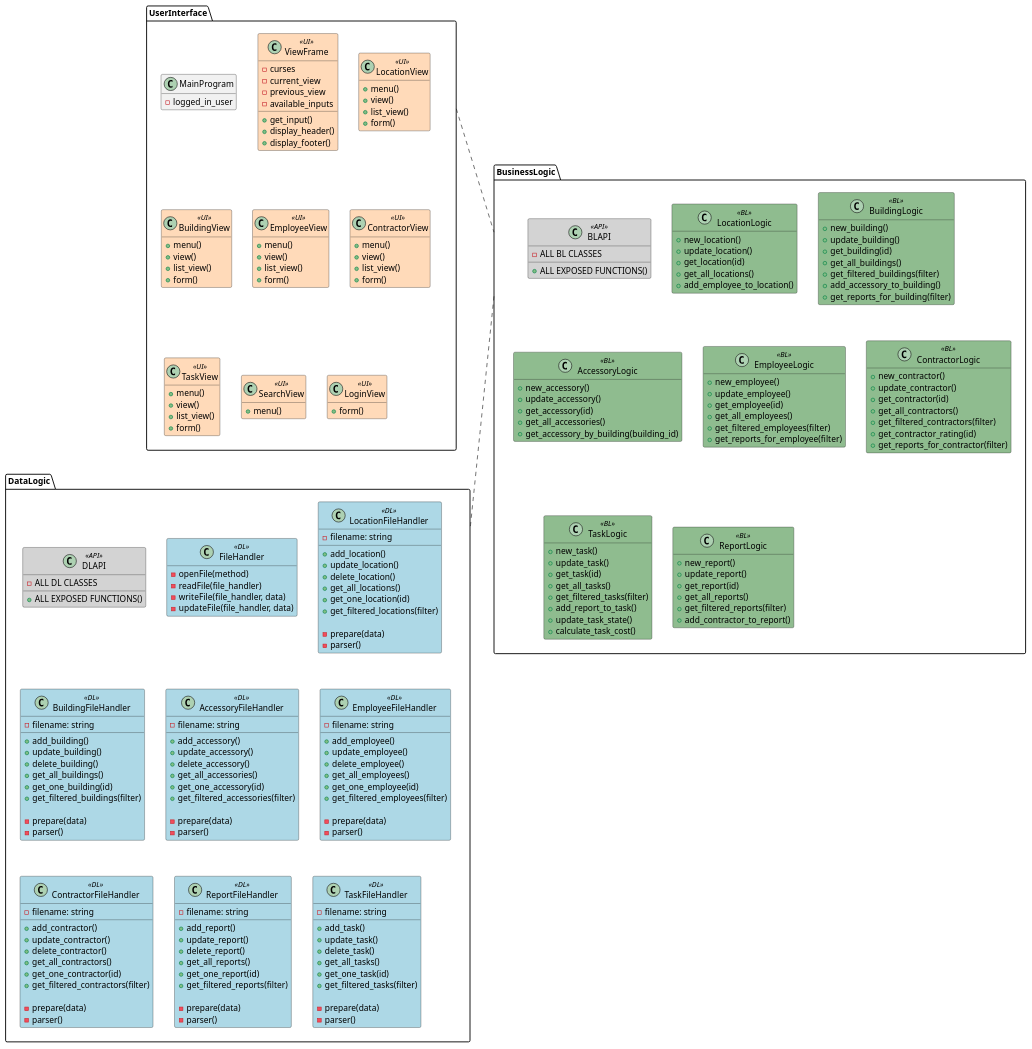
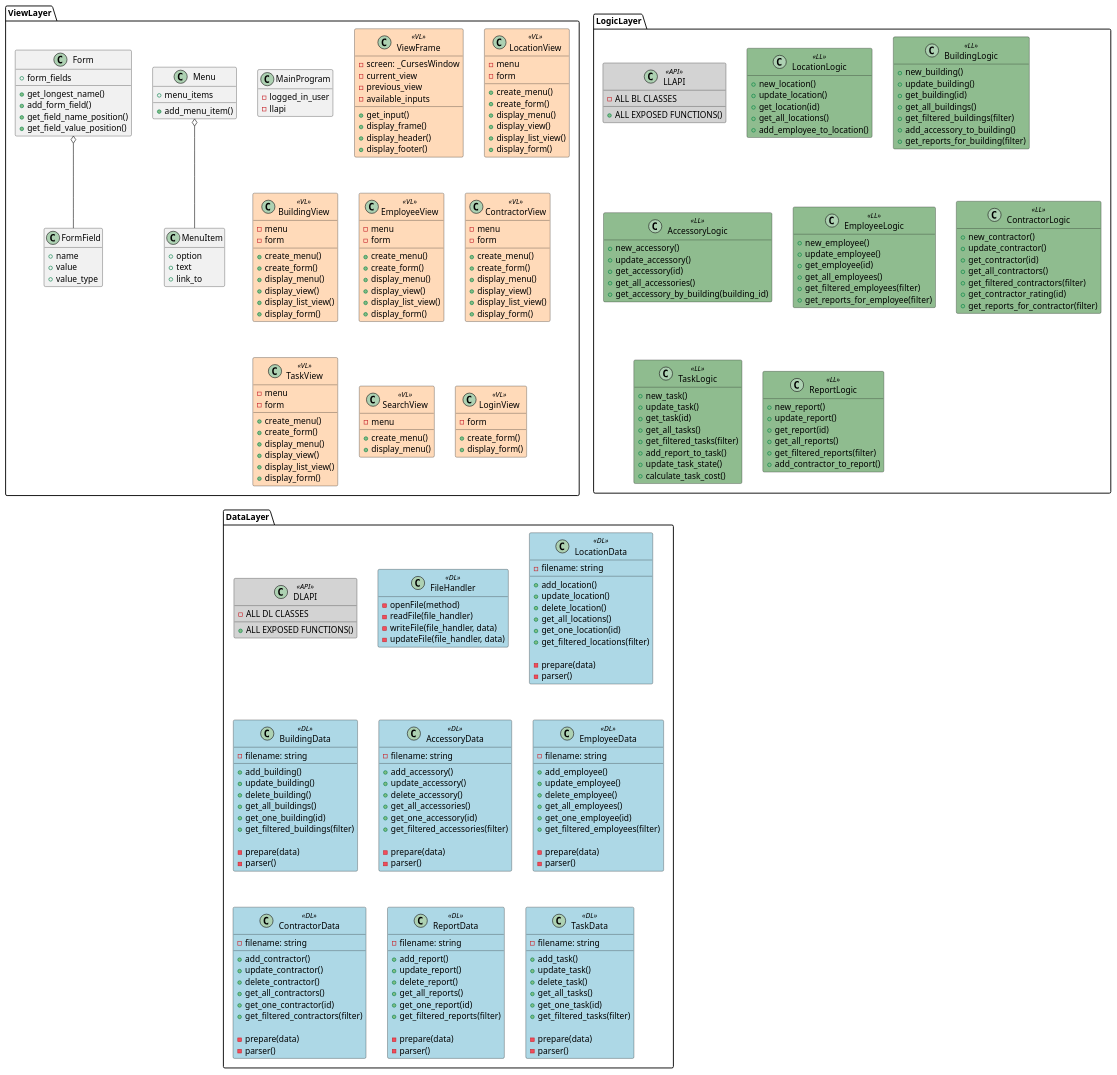
The diagram in docs/uml/3-tier_class.puml (finnure/Verklegt1-H1-2021), drawn with PlantUML before and after one commit.

Commit message:
Kláraði klasarit fyrir 3 tier

```diff
--- a/docs/uml/3-tier_class.puml
+++ b/docs/uml/3-tier_class.puml
@@ -2,78 +2,134 @@
 hide empty members
 
 skinparam class {
-  BackgroundColor<<UI>> PeachPuff
-  BackgroundColor<<BL>> DarkSeaGreen
+  BackgroundColor<<VL>> PeachPuff
+  BackgroundColor<<LL>> DarkSeaGreen
   BackgroundColor<<DL>> LightBlue
   BackgroundColor<<API>> LightGray
 }
 
-package UserInterface {
+package ViewLayer {
   Class MainProgram {
     - logged_in_user
+    - llapi
   }
-  Class ViewFrame <<UI>> {
-    - curses
+  Class ViewFrame <<VL>> {
+    - screen: _CursesWindow
     - current_view
     - previous_view
     - available_inputs
 
     + get_input()
+    + display_frame()
     + display_header()
     + display_footer()
   }
-  Class LocationView <<UI>> {
-    + menu()
-    + view()
-    + list_view()
-    + form()
+  Class LocationView <<VL>> {
+    - menu
+    - form
+
+    + create_menu()
+    + create_form()
+    + display_menu()
+    + display_view()
+    + display_list_view()
+    + display_form()
   }
-  Class BuildingView <<UI>> {
-    + menu()
-    + view()
-    + list_view()
-    + form()
+  Class BuildingView <<VL>> {
+    - menu
+    - form
+
+    + create_menu()
+    + create_form()
+    + display_menu()
+    + display_view()
+    + display_list_view()
+    + display_form()
   }
-  Class EmployeeView <<UI>> {
-    + menu()
-    + view()
-    + list_view()
-    + form()
+  Class EmployeeView <<VL>> {
+    - menu
+    - form
+
+    + create_menu()
+    + create_form()
+    + display_menu()
+    + display_view()
+    + display_list_view()
+    + display_form()
   }
-  Class ContractorView <<UI>> {
-    + menu()
-    + view()
-    + list_view()
-    + form()
+  Class ContractorView <<VL>> {
+    - menu
+    - form
+
+    + create_menu()
+    + create_form()
+    + display_menu()
+    + display_view()
+    + display_list_view()
+    + display_form()
   }
-  Class TaskView <<UI>> {
-    + menu()
-    + view()
-    + list_view()
-    + form()
+  Class TaskView <<VL>> {
+    - menu
+    - form
+
+    + create_menu()
+    + create_form()
+    + display_menu()
+    + display_view()
+    + display_list_view()
+    + display_form()
   }
-  Class SearchView <<UI>> {
-    + menu()
+  Class SearchView <<VL>> {
+    - menu
+
+    + create_menu()
+    + display_menu()
   }
-  Class LoginView <<UI>> {
-    + form()
+  Class LoginView <<VL>> {
+    - form
+
+    + create_form()
+    + display_form()
   }
+  Class Menu {
+    + menu_items
+
+    + add_menu_item()
+  }
+  Class MenuItem {
+    + option
+    + text
+    + link_to
+  }
+  Class Form {
+    + form_fields
+
+    + get_longest_name()
+    + add_form_field()
+    + get_field_name_position()
+    + get_field_value_position()
+  }
+  Class FormField {
+    + name
+    + value
+    + value_type
+  }
+  Form o-- FormField
+  Menu o-- MenuItem
 }
-UserInterface .. BusinessLogic
-BusinessLogic .. DataLogic
-package BusinessLogic {
-  Class BLAPI <<API>> {
+package LogicLayer {
+  Class LLAPI <<API>> {
     - ALL BL CLASSES
     + ALL EXPOSED FUNCTIONS()
   }
-  class LocationLogic <<BL>> {
+  class LocationLogic <<LL>> {
     + new_location()
     + update_location()
     + get_location(id)
     + get_all_locations()
     + add_employee_to_location()
   }
-  class BuildingLogic <<BL>> {
+  class BuildingLogic <<LL>> {
     + new_building()
     + update_building()
     + get_building(id)
@@ -82,14 +138,14 @@
     + add_accessory_to_building()
     + get_reports_for_building(filter)
   }
-  class AccessoryLogic <<BL>> {
+  class AccessoryLogic <<LL>> {
     + new_accessory()
     + update_accessory()
     + get_accessory(id)
     + get_all_accessories()
     + get_accessory_by_building(building_id)
   }
-  class EmployeeLogic <<BL>> {
+  class EmployeeLogic <<LL>> {
     + new_employee()
     + update_employee()
     + get_employee(id)
@@ -97,7 +153,7 @@
     + get_filtered_employees(filter)
     + get_reports_for_employee(filter)
   }
-  class ContractorLogic <<BL>> {
+  class ContractorLogic <<LL>> {
     + new_contractor()
     + update_contractor()
     + get_contractor(id)
@@ -106,7 +162,7 @@
     + get_contractor_rating(id)
     + get_reports_for_contractor(filter)
   }
-  class TaskLogic <<BL>> {
+  class TaskLogic <<LL>> {
     + new_task()
     + update_task()
     + get_task(id)
@@ -116,7 +172,7 @@
     + update_task_state()
     + calculate_task_cost()
   }
-  class ReportLogic <<BL>> {
+  class ReportLogic <<LL>> {
     + new_report()
     + update_report()
     + get_report(id)
@@ -126,7 +182,7 @@
   }
 }
 
-package DataLogic {
+package DataLayer {
   Class DLAPI <<API>> {
     - ALL DL CLASSES
     + ALL EXPOSED FUNCTIONS()
@@ -137,7 +193,7 @@
     - writeFile(file_handler, data)
     - updateFile(file_handler, data)
   }
-  Class LocationFileHandler <<DL>> {
+  Class LocationData <<DL>> {
     - filename: string
 
     + add_location()
@@ -150,7 +206,7 @@
     - prepare(data)
     - parser()
   }
-  Class BuildingFileHandler <<DL>> {
+  Class BuildingData <<DL>> {
     - filename: string
     
     + add_building()
@@ -163,7 +219,7 @@
     - prepare(data)
     - parser()
   }
-  Class AccessoryFileHandler <<DL>> {
+  Class AccessoryData <<DL>> {
     - filename: string
     
     + add_accessory()
@@ -176,7 +232,7 @@
     - prepare(data)
     - parser()
   }
-  Class EmployeeFileHandler <<DL>> {
+  Class EmployeeData <<DL>> {
     - filename: string
     
     + add_employee()
@@ -189,7 +245,7 @@
     - prepare(data)
     - parser()
   }
-  Class ContractorFileHandler <<DL>> {
+  Class ContractorData <<DL>> {
     - filename: string
     
     + add_contractor()
@@ -202,7 +258,7 @@
     - prepare(data)
     - parser()
   }
-  Class ReportFileHandler <<DL>> {
+  Class ReportData <<DL>> {
     - filename: string
     
     + add_report()
@@ -215,7 +271,7 @@
     - prepare(data)
     - parser()
   }
-  Class TaskFileHandler <<DL>> {
+  Class TaskData <<DL>> {
     - filename: string
     
     + add_task()
```
